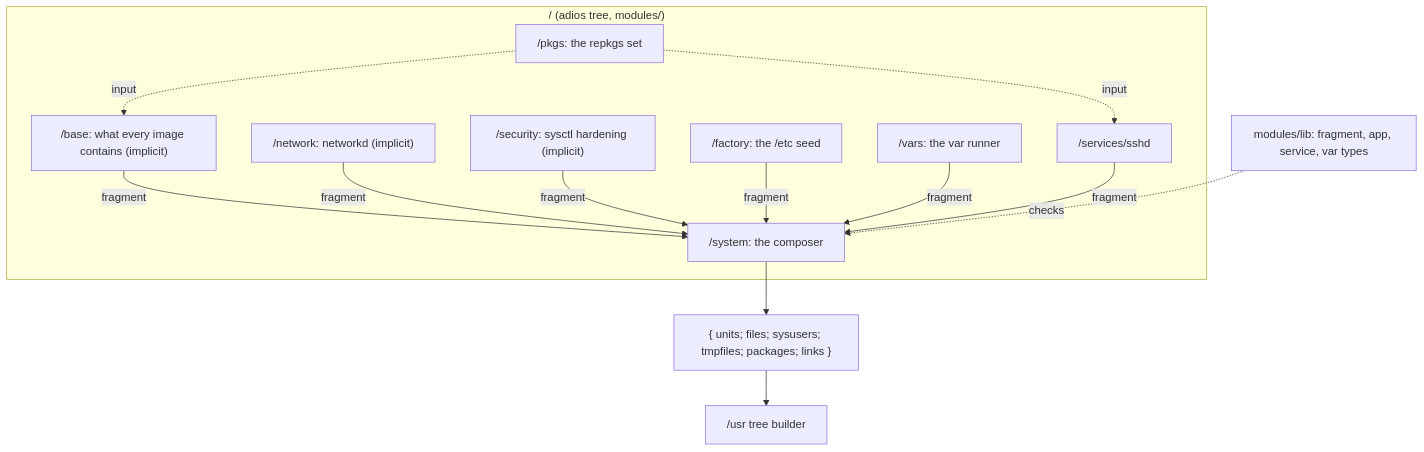
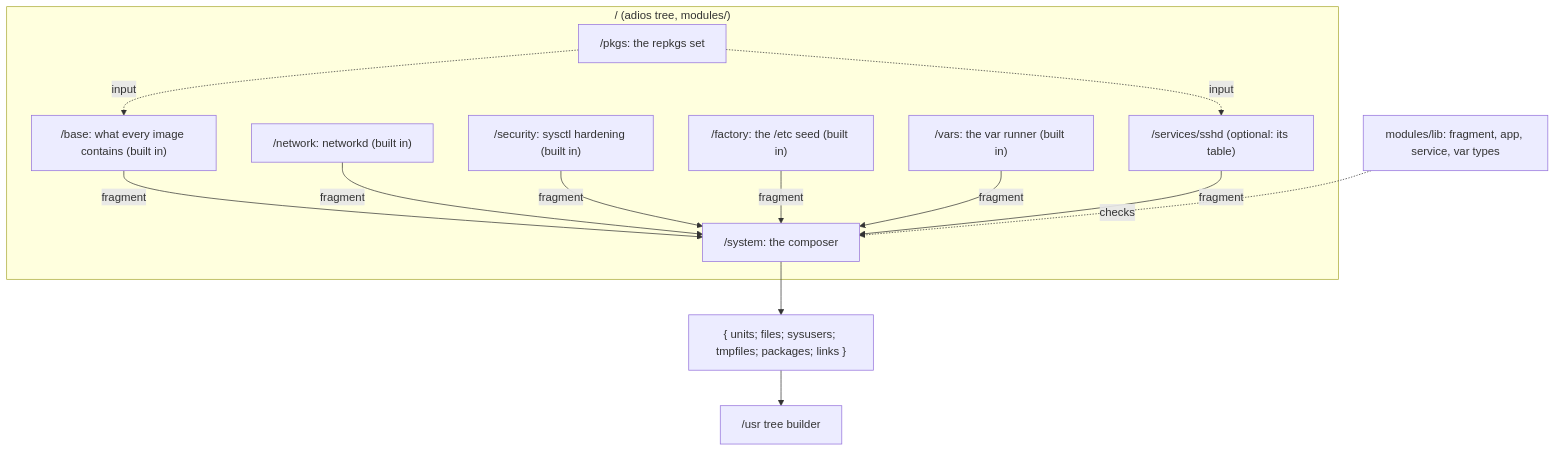
One commit to slophaer/golconda changed the diagram in docs/design/modules.md. Above: the diagram before and after it, drawn with Mermaid. The commit also changed other lines of this file and 29 other files, not shown here.

````diff
--- a/docs/design/modules.md
+++ b/docs/design/modules.md
@@ -9,24 +9,24 @@
 ```mermaid
 flowchart TD
   subgraph tree["/ (adios tree, modules/)"]
     pkgs["/pkgs: the repkgs set"]
-    base["/base: what every image contains (implicit)"]
-    net["/network: networkd (implicit)"]
-    sec["/security: sysctl hardening (implicit)"]
-    factory["/factory: the /etc seed"]
-    vars["/vars: the var runner"]
-    sshd["/services/sshd"]
+    base["/base: what every image contains (built in)"]
+    net["/network: networkd (built in)"]
+    sec["/security: sysctl hardening (built in)"]
+    factory["/factory: the /etc seed (built in)"]
+    vars["/vars: the var runner (built in)"]
+    sshd["/services/sshd (optional: its table)"]
     system["/system: the composer"]
   end
   pkgs -.->|input| base
   pkgs -.->|input| sshd
   base -->|fragment| system
   net -->|fragment| system
   sec -->|fragment| system
   factory -->|fragment| system
   vars -->|fragment| system
   sshd -->|fragment| system
   lib["modules/lib: fragment, app, service, var types"] -.->|checks| system
   system --> out["{ units; files; sysusers; tmpfiles; packages; links }"]
   out --> usr["/usr tree builder"]
 ```
````
